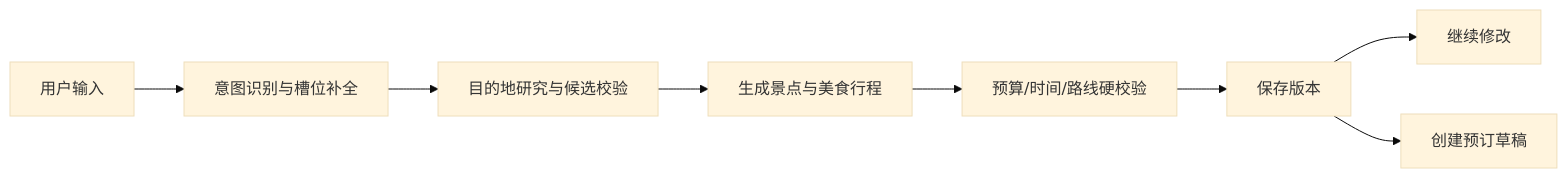
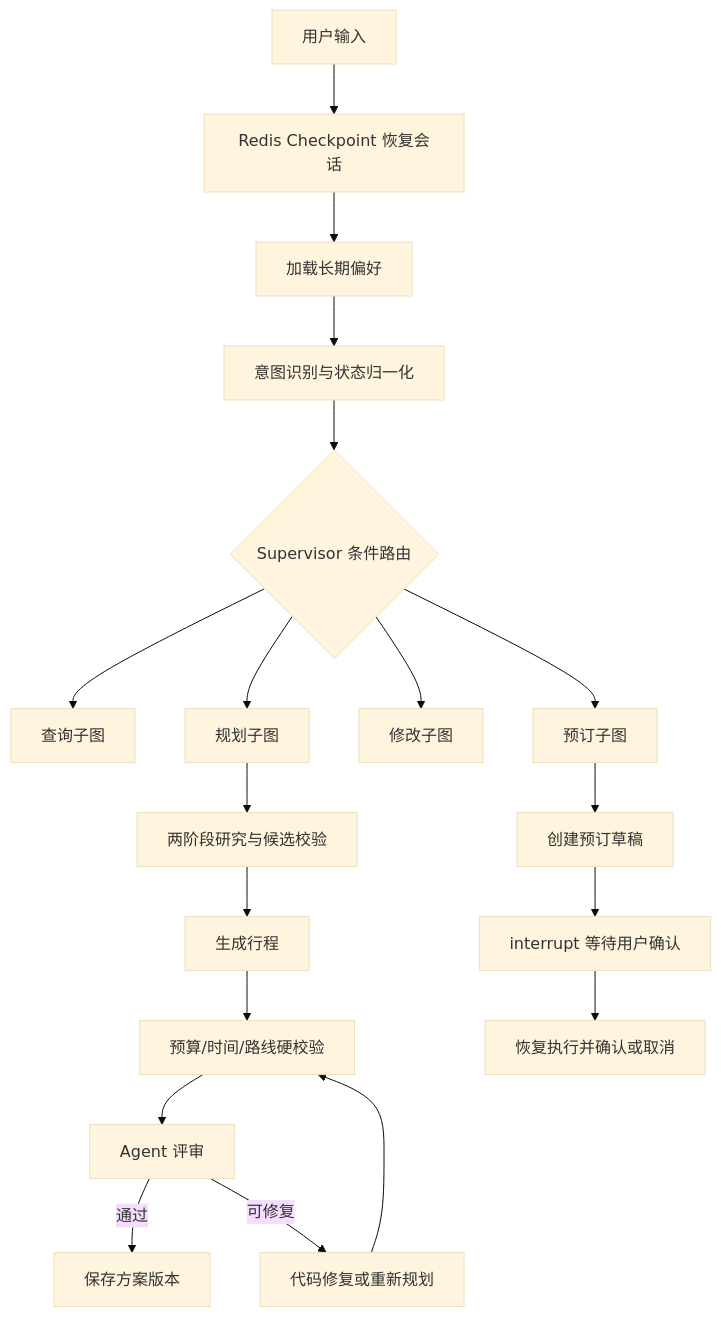
One commit to dawn23106/oneclick-trip changed the diagram in README.md. Above: the diagram before and after it, drawn with Mermaid (base theme). The commit also changed other lines of this file and 1 other file, not shown here.

Commit message:
Document StateGraph agent architecture

````diff
--- a/README.md
+++ b/README.md
@@ -35,10 +44,23 @@
 ```mermaid
-flowchart LR
-    U[用户输入] --> I[意图识别与槽位补全]
-    I --> R[目的地研究与候选校验]
-    R --> P[生成景点与美食行程]
-    P --> V[预算/时间/路线硬校验]
-    V --> S[保存版本]
-    S --> M[继续修改]
-    S --> B[创建预订草稿]
+flowchart TD
+    U[用户输入] --> C[Redis Checkpoint 恢复会话]
+    C --> M[加载长期偏好]
+    M --> I[意图识别与状态归一化]
+    I --> S{Supervisor 条件路由}
+    S --> Q[查询子图]
+    S --> P[规划子图]
+    S --> X[修改子图]
+    S --> B[预订子图]
+
+    P --> R[两阶段研究与候选校验]
+    R --> G[生成行程]
+    G --> V[预算/时间/路线硬校验]
+    V --> A[Agent 评审]
+    A -->|通过| SAVE[保存方案版本]
+    A -->|可修复| FIX[代码修复或重新规划]
+    FIX --> V
+
+    B --> D[创建预订草稿]
+    D --> H[interrupt 等待用户确认]
+    H --> E[恢复执行并确认或取消]
 ```
````
